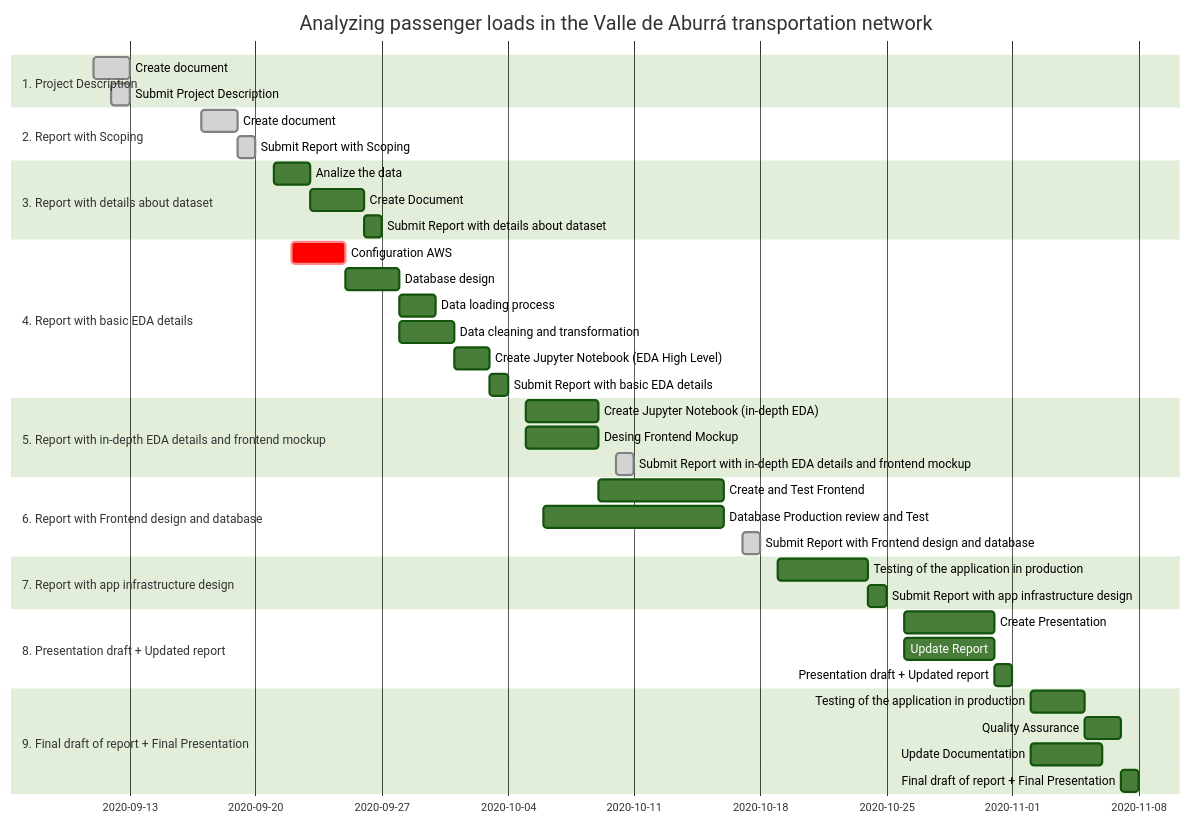
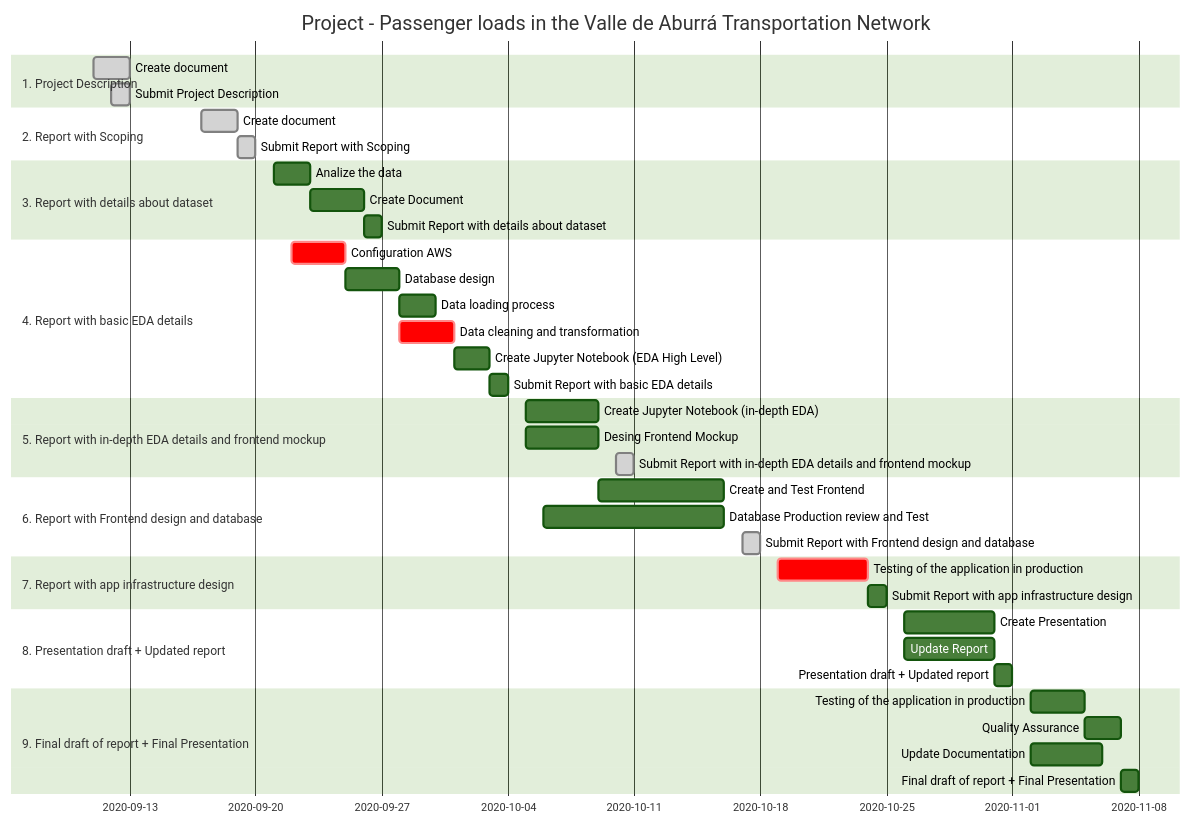
The diagram in 06. entregables/01 Project Scoping.md (BoMartinez/20200905-ds4a-project), drawn with Mermaid (forest theme) before and after one commit. The commit also changed other lines of this file and 1 other file, not shown here.

````diff
--- a/06. entregables/01 Project Scoping.md
+++ b/06. entregables/01 Project Scoping.md
@@ -67,54 +106,53 @@
 ```mermaid
 gantt
 dateFormat  YYYY-MM-DD
-title Analyzing passenger loads in the Valle de Aburrá transportation network
+title Project - Passenger loads in the Valle de Aburrá Transportation Network
 
 section 1. Project Description
 Create document                 :done,  des2, 2020-09-11, 2d
 Submit Project Description      :done,  des2, 2020-09-12, 1d
 
 section 2. Report with Scoping
 Create document                 :done,  des2, 2020-09-17, 2d
 Submit Report with Scoping      :done,  des2, 2020-09-19, 1d
 
 section 3. Report with details about dataset
 Analize the data                            :sec31, 2020-09-21, 2d
 Create Document                             :after sec31, 3d
 Submit Report with details about dataset    :2020-09-26, 1d
 
 section 4. Report with basic EDA details
 Configuration AWS                        :crit, sec41, 2020-09-22, 3d               
 Database design                          :sec42, after sec41,  3d
 Data loading process                     :after sec42, 2d
-Data cleaning and transformation         :sec44, after sec42, 3d
+Data cleaning and transformation         :crit, sec44, after sec42, 3d
 Create Jupyter Notebook (EDA High Level) :after sec44, 2d
 Submit Report with basic EDA details     :2020-10-03, 1d
 
 section 5. Report with in-depth EDA details and frontend mockup
 Create Jupyter Notebook (in-depth EDA)                      :2020-10-05, 4d
 Desing Frontend Mockup                                      :sec52, 2020-10-05, 4d
 Submit Report with in-depth EDA details and frontend mockup :done,  des2, 2020-10-10, 1d
 
 section 6. Report with Frontend design and database
 Create and Test Frontend                        :after sec52, 7d
 Database Production review and Test             :2020-10-06, 10d
 Submit Report with Frontend design and database :done,  des2, 2020-10-17, 1d
 
 
 section 7. Report with app infrastructure design
-Testing of the application in production        :2020-10-19, 5d
+Testing of the application in production        :crit, 2020-10-19, 5d
 Submit Report with app infrastructure design    :2020-10-24, 1d
 
 section 8. Presentation draft + Updated report
 Create Presentation                    :2020-10-26, 5d
 Update Report                          :2020-10-26, 5d
 Presentation draft + Updated report    :2020-10-31, 1d
 
 
 section 9. Final draft of report + Final Presentation
 Testing of the application in production        :sec91, 2020-11-02, 3d
 Quality Assurance                               :after sec91, 2d
 Update Documentation                            :2020-11-02, 4d
 Final draft of report + Final Presentation      :2020-11-07, 1d
-
 ```
````
